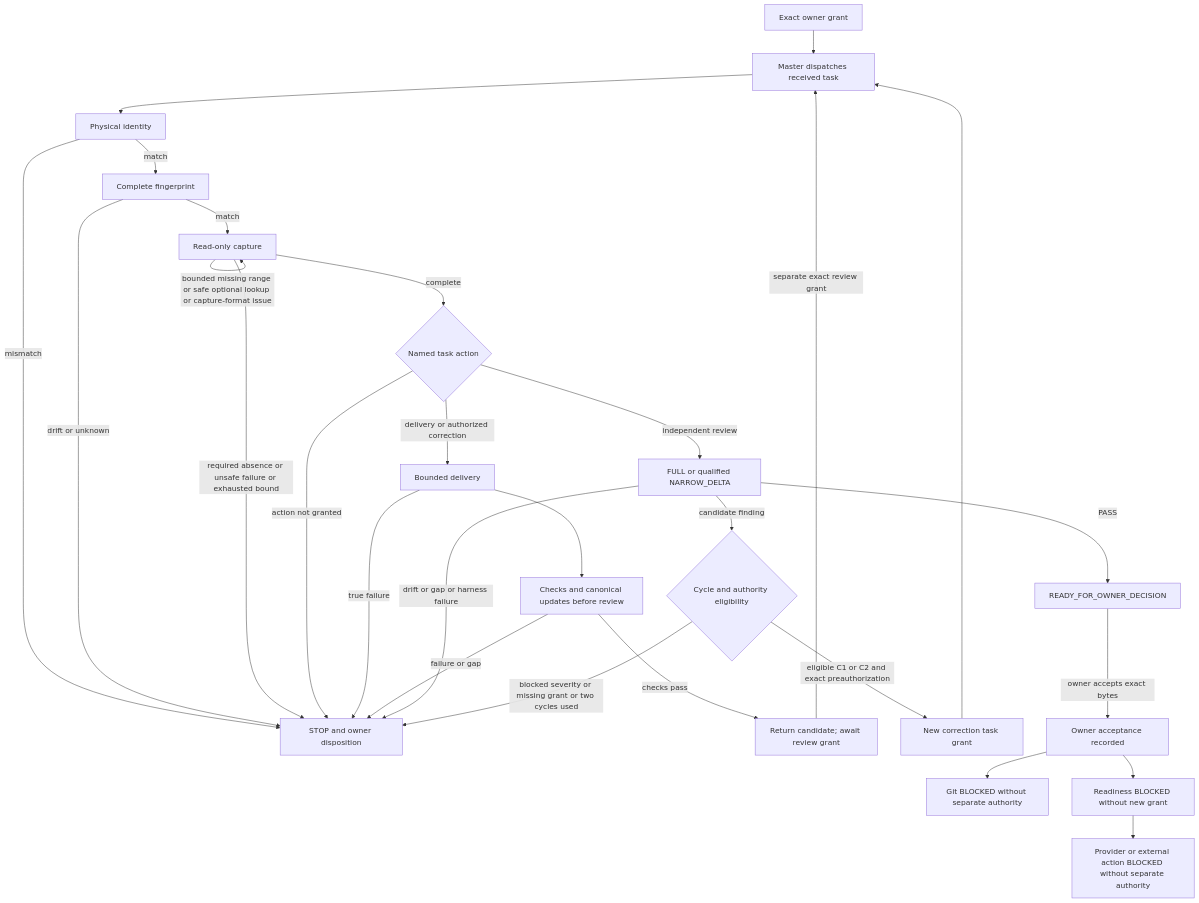
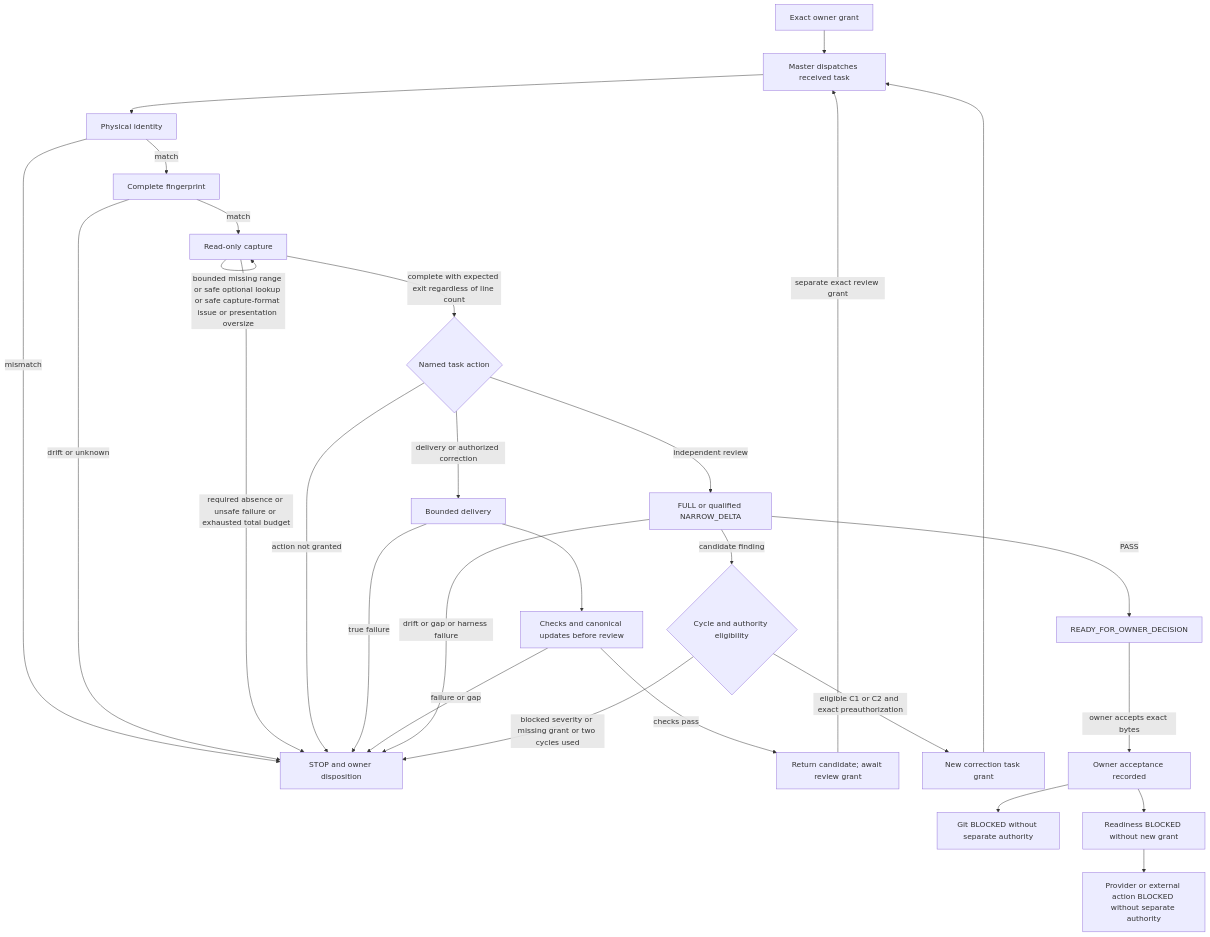
One commit to diegoavelez/yini-insurance-advisor changed the diagram in specs/2026-09-15-executor-checkout-boundary/plan.md. Above: the diagram before and after it, drawn with Mermaid. The commit also changed other lines of this file and 6 other files, not shown here.

````diff
--- a/specs/2026-09-15-executor-checkout-boundary/plan.md
+++ b/specs/2026-09-15-executor-checkout-boundary/plan.md
@@ -106,30 +111,30 @@
 ```mermaid
 flowchart TD
     O[Exact owner grant] --> D[Master dispatches received task]
     D --> P[Physical identity]
     P -->|match| F[Complete fingerprint]
     P -->|mismatch| S[STOP and owner disposition]
     F -->|match| C[Read-only capture]
     F -->|drift or unknown| S
-    C -->|bounded missing range or safe optional lookup or capture-format issue| C
-    C -->|required absence or unsafe failure or exhausted bound| S
-    C -->|complete| A{Named task action}
+    C -->|bounded missing range or safe optional lookup or safe capture-format issue or presentation oversize| C
+    C -->|required absence or unsafe failure or exhausted total budget| S
+    C -->|complete with expected exit regardless of line count| A{Named task action}
     A -->|delivery or authorized correction| L[Bounded delivery]
     A -->|independent review| R[FULL or qualified NARROW_DELTA]
     A -->|action not granted| S
     L --> V[Checks and canonical updates before review]
     L -->|true failure| S
     V -->|checks pass| W[Return candidate; await review grant]
     V -->|failure or gap| S
     W -->|separate exact review grant| D
     R -->|PASS| Q[READY_FOR_OWNER_DECISION]
     R -->|candidate finding| E{Cycle and authority eligibility}
     R -->|drift or gap or harness failure| S
     E -->|eligible C1 or C2 and exact preauthorization| K[New correction task grant]
     E -->|blocked severity or missing grant or two cycles used| S
     K --> D
     Q -->|owner accepts exact bytes| H[Owner acceptance recorded]
     H --> G[Git BLOCKED without separate authority]
     H --> N[Readiness BLOCKED without new grant]
     N --> X[Provider or external action BLOCKED without separate authority]
 ```
````
